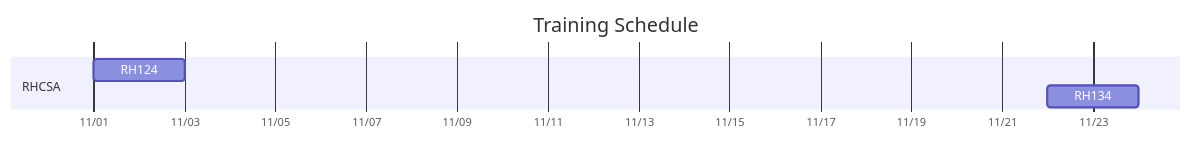
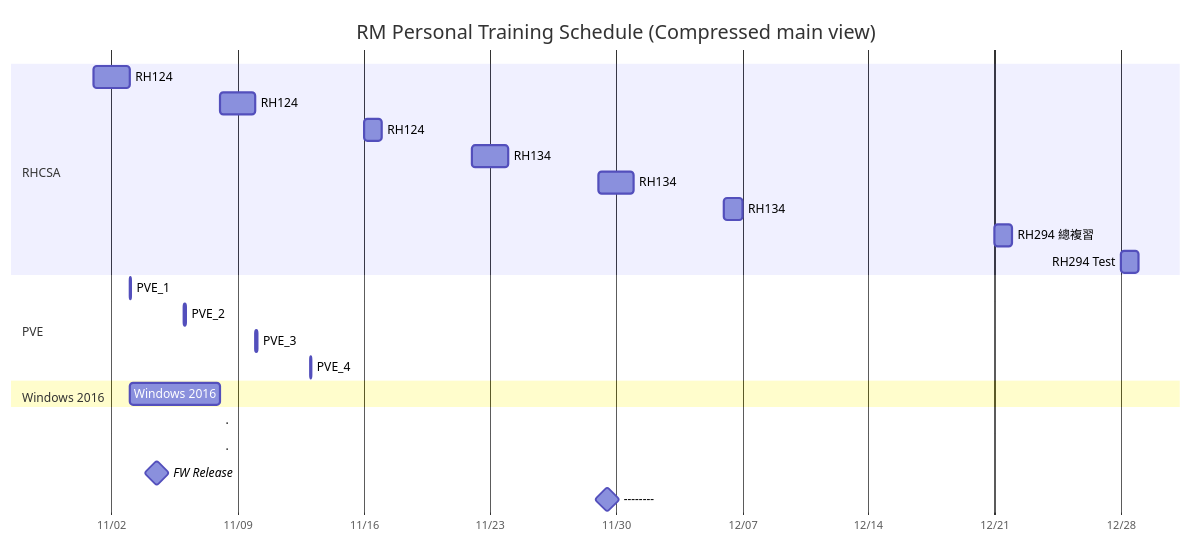
One commit to DQARM/Blog changed the diagram in index.md. Above: the diagram before and after it, drawn with Mermaid.

```diff
--- a/index.md
+++ b/index.md
@@ -3,9 +3,37 @@
 <div class="mermaid">
 gantt
-    title Training Schedule
+    title RM Personal Training Schedule (Compressed main view)
     dateFormat  YYYY-MM-DD
     axisFormat  %m/%d
+
     section RHCSA
-    RH124 :a1, 2025-11-01, 2d
-    RH134 :a2, 2025-11-22, 2d
+    RH124 : 2025-11-01, 2d
+    RH124 : 2025-11-08, 2d
+    RH124 : 2025-11-16, 1d
+
+    RH134 : 2025-11-22, 2d
+    RH134 : 2025-11-29, 2d
+    RH134 : 2025-12-06, 1d
+
+    RH294 總複習 : 2025-12-21, 1d
+    RH294 Test  : 2025-12-28, 1d
+
+    section PVE
+    PVE_1 : 2025-11-03, 2.5h
+    PVE_2 : 2025-11-06, 2.5h
+    PVE_3 : 2025-11-10, 2.5h
+    PVE_4 : 2025-11-13, 2.5h
+
+    section Windows 2016
+    Windows 2016 : 2025-11-03, 5d
+
+    section   
+    .: 
+    .: 
+
+    %% 🔽 最底下這段是假 timeline 線
+    section   
+    FW Release : milestone, 2025-11-01
+    -------- : milestone, 2025-12-28
+
 </div>
```
